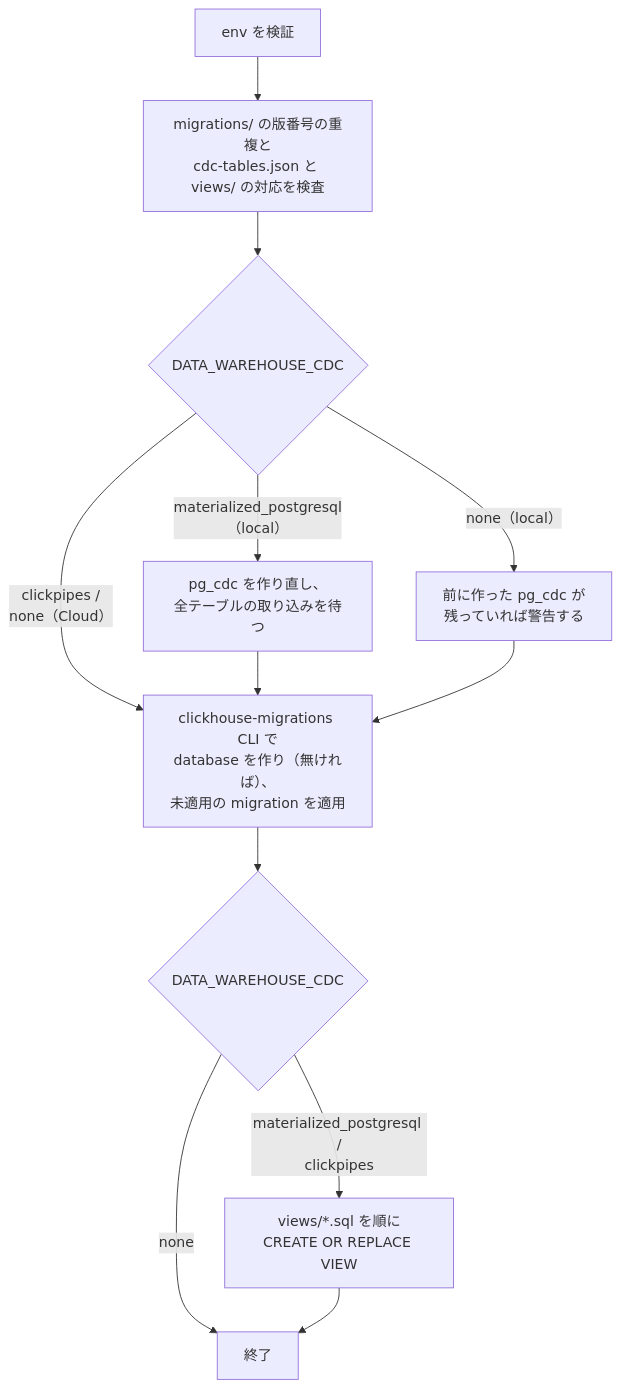
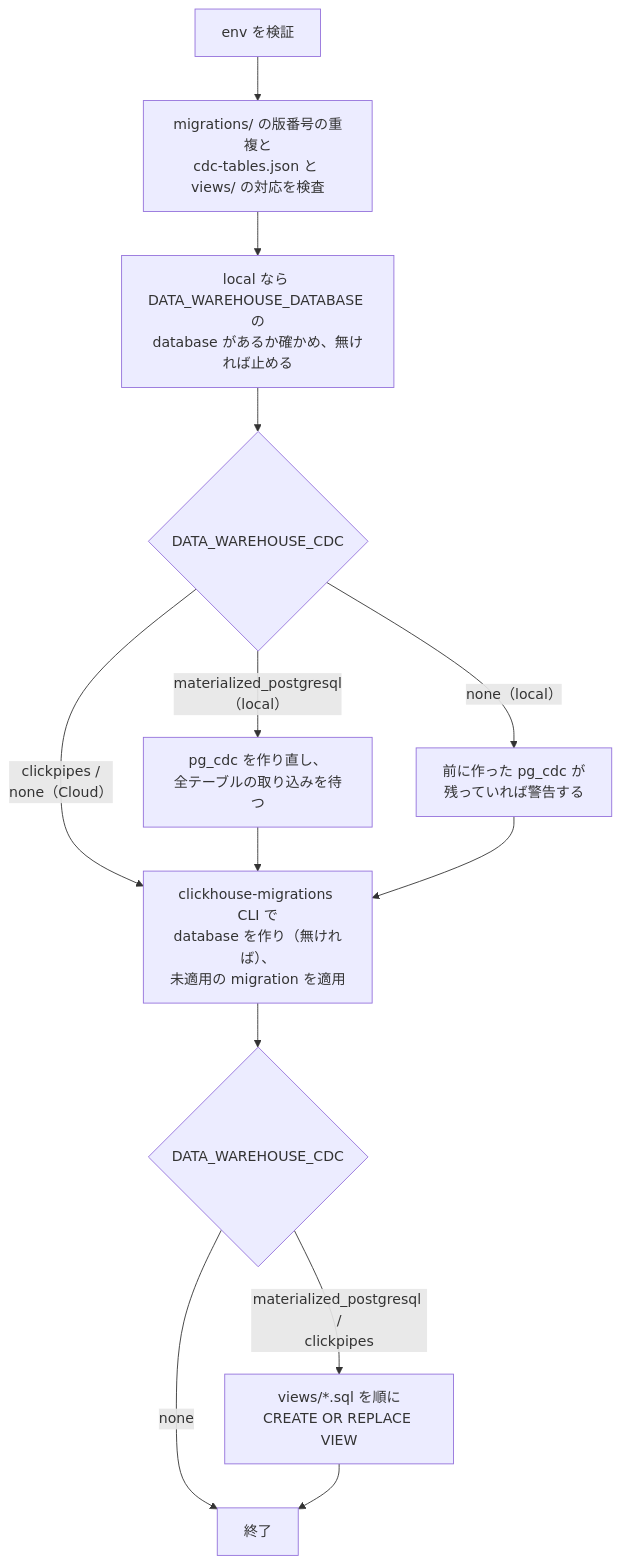
The second of 5 diagrams in docs/spec/clickhouse-migration/README.md (kentakki416/project-template), drawn with Mermaid before and after one commit. The commit also changed other lines of this file and 7 other files, not shown here.

Commit message:
chore(data-warehouse): ローカルでは migration を流す database が既にあるかを確かめ、無ければ止める（tech-english#148 の pr-review の指摘。どのプロジェクトも既定で CDC を作らなくなると、別プロジェクトの ClickHouse に繋いでも pg_cdc で気付けず、そちらに database と events テーブルを作ってしまうため。docker compose の CLICKHOUSE_DB が初回の起動時に作る database で見分ける。pg_cdc の確認の理由をコメントに書き直す）

````diff
--- a/docs/spec/clickhouse-migration/README.md
+++ b/docs/spec/clickhouse-migration/README.md
@@ -221,14 +221,15 @@
 ```mermaid
 flowchart TD
     A[env を検証] --> B[migrations/ の版番号の重複と<br/>cdc-tables.json と views/ の対応を検査]
-    B --> C{DATA_WAREHOUSE_CDC}
+    B --> L[local なら DATA_WAREHOUSE_DATABASE の<br/>database があるか確かめ、無ければ止める]
+    L --> C{DATA_WAREHOUSE_CDC}
     C -- materialized_postgresql<br/>（local） --> D[pg_cdc を作り直し、<br/>全テーブルの取り込みを待つ]
     C -- none（local） --> E[前に作った pg_cdc が<br/>残っていれば警告する]
     C -- clickpipes /<br/>none（Cloud） --> F
     D --> F[clickhouse-migrations CLI で<br/>database を作り（無ければ）、<br/>未適用の migration を適用]
     E --> F
     F --> G{DATA_WAREHOUSE_CDC}
     G -- none --> Z[終了]
     G -- materialized_postgresql /<br/>clickpipes --> H[views/*.sql を順に<br/>CREATE OR REPLACE VIEW]
     H --> Z
 ```
````
